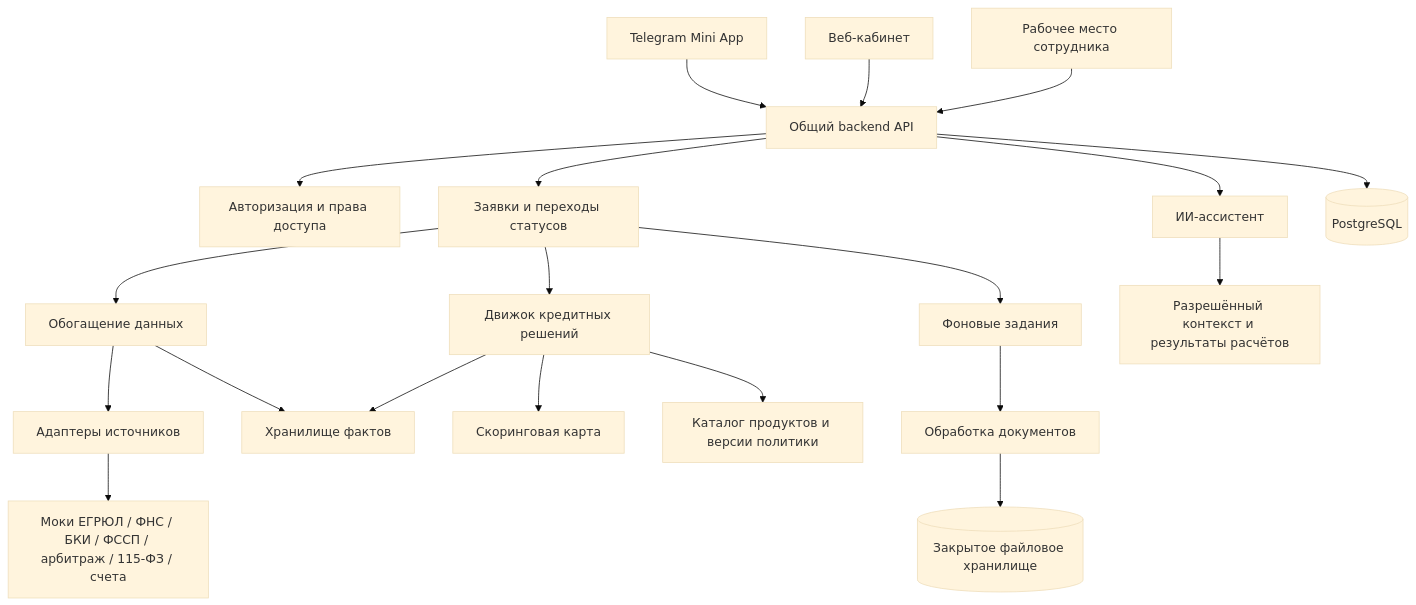
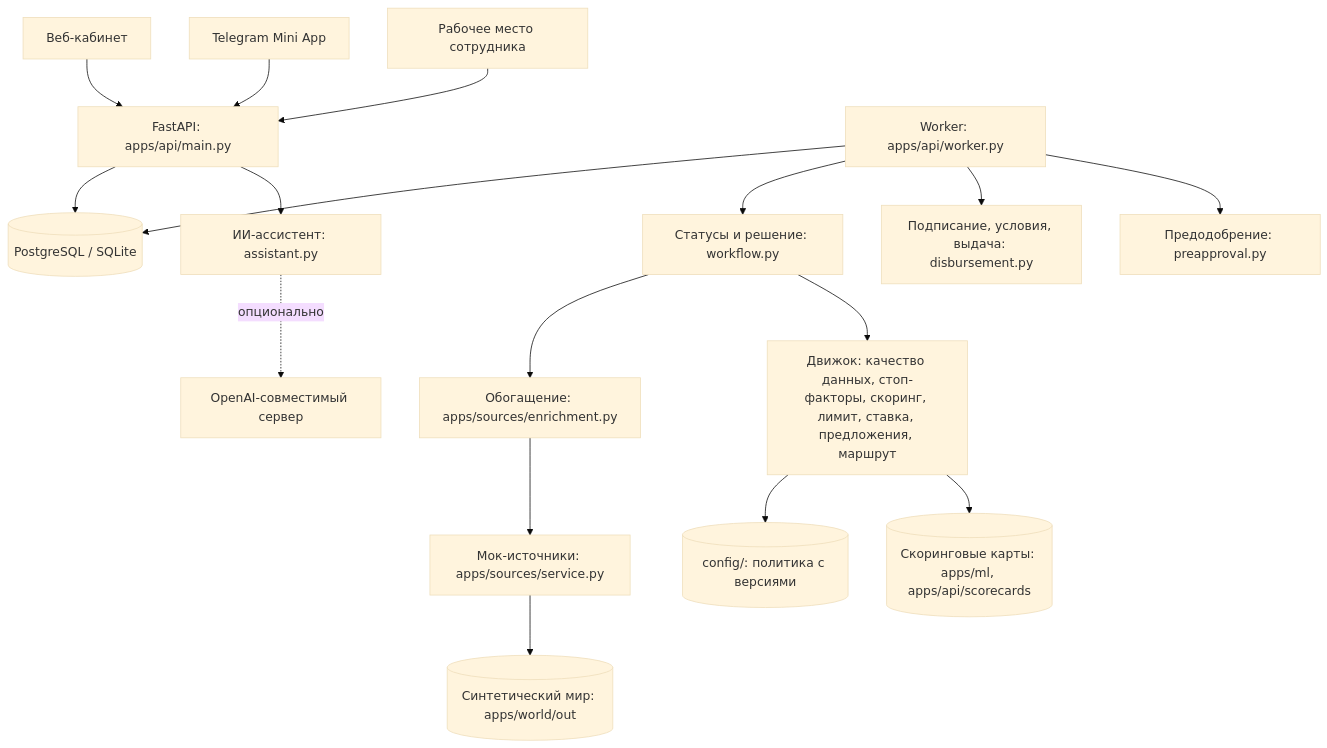
Before and after one commit to LessVegetables/smart_banking: the first of 2 diagrams in ARCHITECTURE.md, drawn with Mermaid (base theme). The commit also changed other lines of this file and 12 other files, not shown here.

````diff
--- a/ARCHITECTURE.md
+++ b/ARCHITECTURE.md
@@ -20,22 +16,19 @@
 ```mermaid
 flowchart TB
-    Mini[Telegram Mini App] --> API[Общий backend API]
     Web[Веб-кабинет] --> API
+    Mini[Telegram Mini App] --> API
     Staff[Рабочее место сотрудника] --> API
-    API --> Identity[Авторизация и права доступа]
-    API --> Application[Заявки и переходы статусов]
-    Application --> Enrichment[Обогащение данных]
-    Enrichment --> Sources[Адаптеры источников]
-    Sources --> Mock[Моки ЕГРЮЛ / ФНС / БКИ / ФССП / арбитраж / 115-ФЗ / счета]
-    Enrichment --> Facts[Хранилище фактов]
-    Application --> Engine[Движок кредитных решений]
-    Engine --> Facts
-    Engine --> Scoring[Скоринговая карта]
-    Engine --> Rules[Каталог продуктов и версии политики]
-    API --> Assistant[ИИ-ассистент]
-    Assistant --> Context[Разрешённый контекст и результаты расчётов]
-    API --> DB[(PostgreSQL)]
-    Application --> Jobs[Фоновые задания]
-    Jobs --> Files[Обработка документов]
-    Files --> Storage[(Закрытое файловое хранилище)]
+    API[FastAPI: apps/api/main.py] --> DB[(PostgreSQL / SQLite)]
+    Worker[Worker: apps/api/worker.py] --> DB
+    Worker --> Workflow[Статусы и решение: workflow.py]
+    Workflow --> Enrichment[Обогащение: apps/sources/enrichment.py]
+    Enrichment --> Mock[Мок-источники: apps/sources/service.py]
+    Mock --> World[(Синтетический мир: apps/world/out)]
+    Workflow --> Engine[Движок: качество данных, стоп-факторы, скоринг, лимит, ставка, предложения, маршрут]
+    Engine --> Config[(config/: политика с версиями)]
+    Engine --> Cards[(Скоринговые карты: apps/ml, apps/api/scorecards)]
+    Worker --> Closing[Подписание, условия, выдача: disbursement.py]
+    Worker --> Pre[Предодобрение: preapproval.py]
+    API --> Assistant[ИИ-ассистент: assistant.py]
+    Assistant -.->|опционально| LLM[OpenAI-совместимый сервер]
 ```
````
